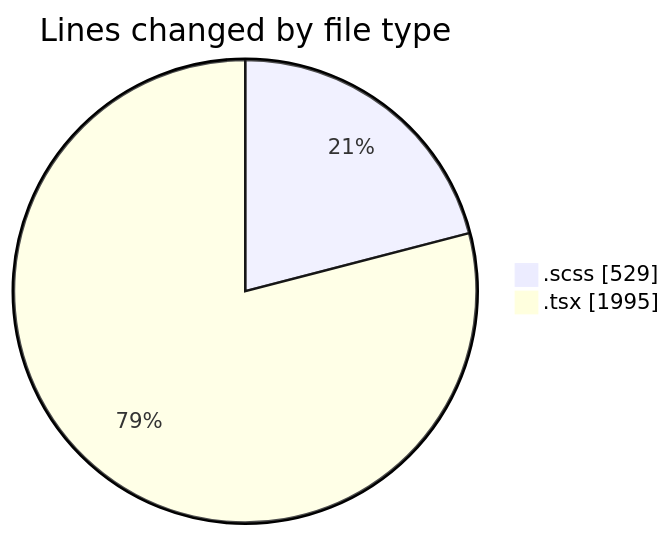
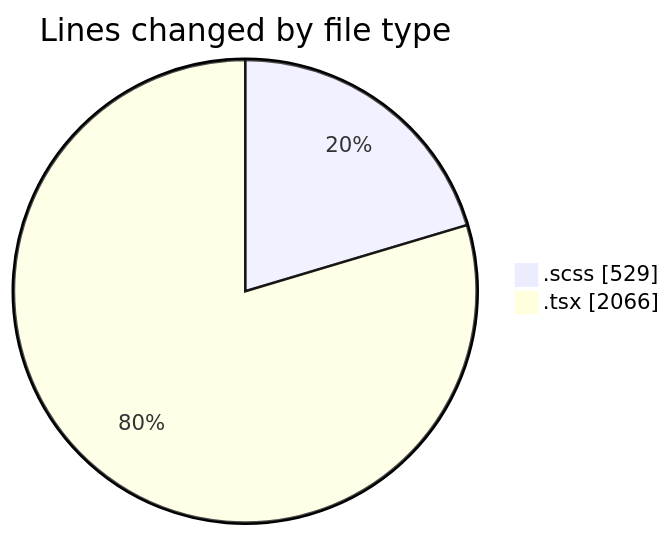
One commit to momahboobian/code-tracking changed the first of 2 diagrams in 2025-08-28/cda/README.md. Above: the diagram before and after it, drawn with Mermaid. The commit also changed other lines of this file and 1 other file, not shown here.

````diff
--- a/2025-08-28/cda/README.md
+++ b/2025-08-28/cda/README.md
@@ -27,6 +27,6 @@
 ```mermaid
 pie showData
 title Lines changed by file type
 ".scss" : 529
-".tsx" : 1995
+".tsx" : 2066
 ```
````
